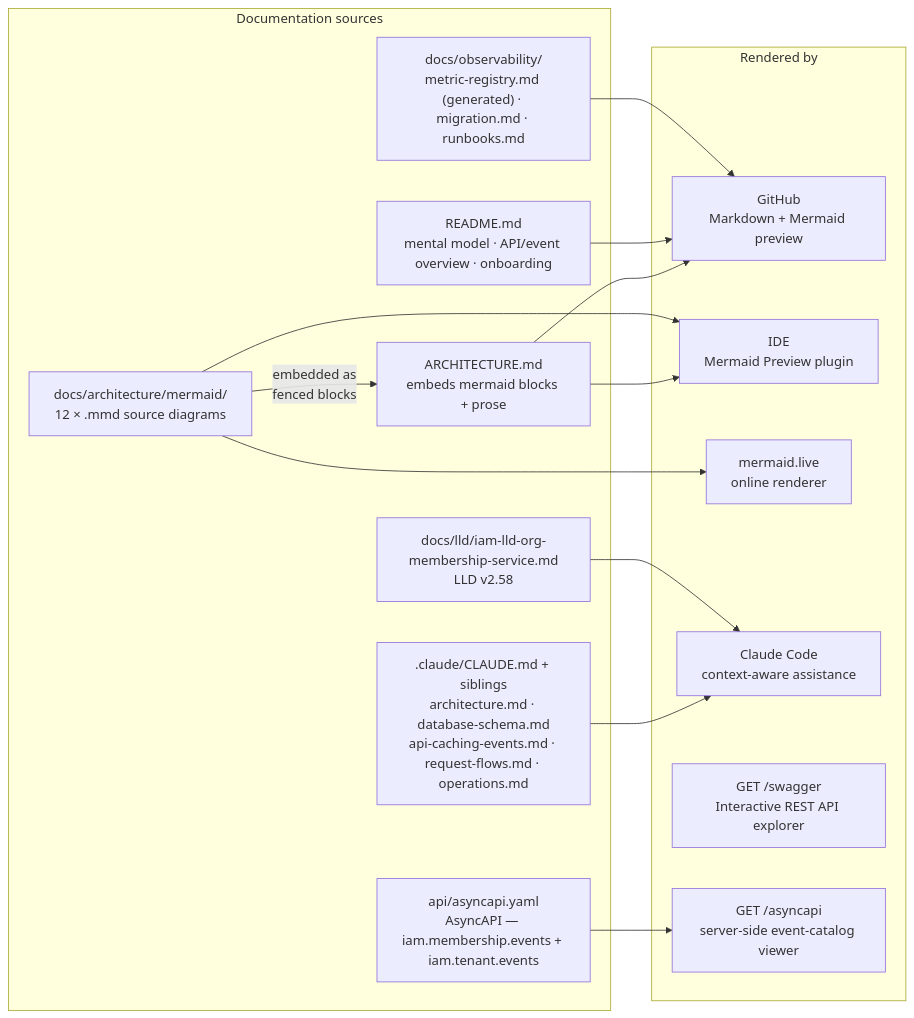
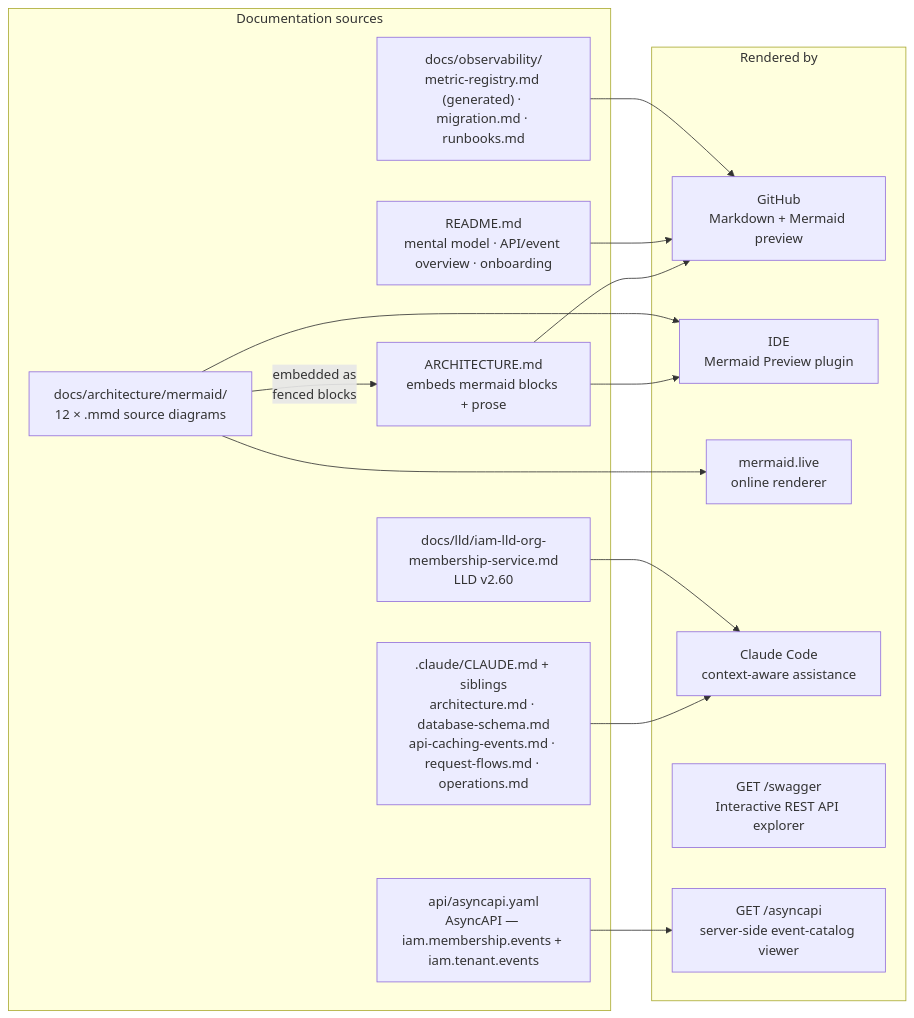
Before and after one commit to BCBP-SOLUTIONS-FZC-LLC/iam-org-membership: diagram 13 of 13 in ARCHITECTURE.md, drawn with Mermaid. The commit also changed other lines of this file and 10 other files, not shown here.

````diff
--- a/ARCHITECTURE.md
+++ b/ARCHITECTURE.md
@@ -1386,30 +1386,30 @@
 ```mermaid
 graph LR
     subgraph sources["Documentation sources"]
         mmd["docs/architecture/mermaid/\n12 × .mmd source diagrams"]
         arch["ARCHITECTURE.md\nembeds mermaid blocks + prose"]
         claude[".claude/CLAUDE.md + siblings\narchitecture.md · database-schema.md\napi-caching-events.md · request-flows.md · operations.md"]
         readme["README.md\nmental model · API/event overview · onboarding"]
         asyncapi_yaml["api/asyncapi.yaml\nAsyncAPI — iam.membership.events + iam.tenant.events"]
-        lld["docs/lld/iam-lld-org-membership-service.md\nLLD v2.58"]
+        lld["docs/lld/iam-lld-org-membership-service.md\nLLD v2.60"]
         obsdocs["docs/observability/\nmetric-registry.md (generated) · migration.md · runbooks.md"]
     end
 
     subgraph rendered["Rendered by"]
         github["GitHub\nMarkdown + Mermaid preview"]
         ide["IDE\nMermaid Preview plugin"]
         live["mermaid.live\nonline renderer"]
         claude_ai["Claude Code\ncontext-aware assistance"]
         swagger_viewer["GET /swagger\nInteractive REST API explorer"]
         asyncapi_viewer["GET /asyncapi\nserver-side event-catalog viewer"]
     end
 
     mmd  -->|"embedded as\nfenced blocks"| arch
     arch --> github & ide
     mmd  --> live & ide
     claude --> claude_ai
     readme --> github
     lld --> claude_ai
     obsdocs --> github
     asyncapi_yaml --> asyncapi_viewer
 ```
````
